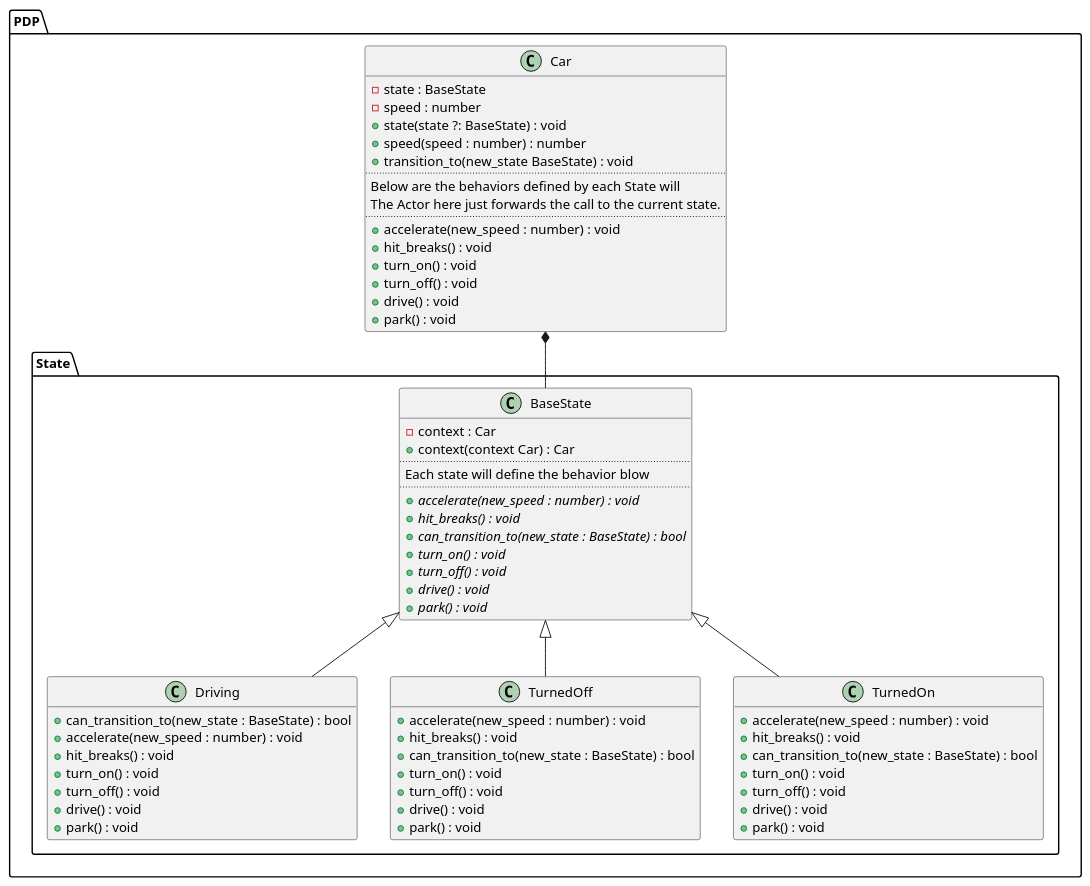
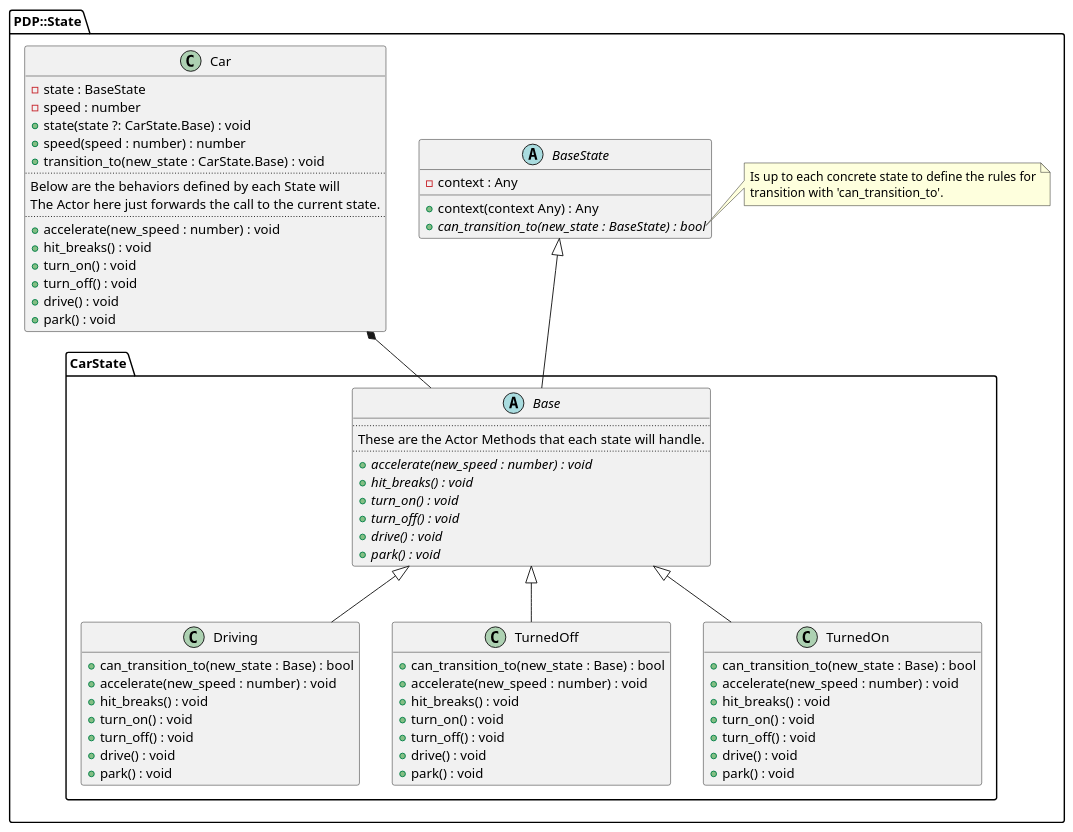
Before and after one commit to josegomezr/perl-design-patterns: the diagram in docs/state/class-diagram.plantuml, drawn with PlantUML. The commit also changed 18 other files, not shown here.

```diff
--- a/docs/state/class-diagram.plantuml
+++ b/docs/state/class-diagram.plantuml
@@ -1,76 +1,85 @@
 @startuml
 hide empty members
 
-namespace PDP {
-  Car *-- State.BaseState
+namespace PDP::State {
+  Car *-- CarState.Base
 
-  State.BaseState <|-- State.Driving
-  State.BaseState <|-- State.TurnedOff
-  State.BaseState <|-- State.TurnedOn
+  BaseState <|-- CarState.Base
+  CarState.Base <|-- CarState.Driving
+  CarState.Base <|-- CarState.TurnedOff
+  CarState.Base <|-- CarState.TurnedOn
 
   class Car {
     {field} -state : BaseState
     {field} -speed : number
-    {method} +state(state ?: BaseState) : void
+    {method} +state(state ?: CarState.Base) : void
     {method} +speed(speed : number) : number
-    {method} +transition_to(new_state BaseState) : void
+    {method} +transition_to(new_state : CarState.Base) : void
     ..
     Below are the behaviors defined by each State will
     The Actor here just forwards the call to the current state.
     ..
     {method} +accelerate(new_speed : number) : void
     {method} +hit_breaks() : void
     {method} +turn_on() : void
     {method} +turn_off() : void
     {method} +drive() : void
     {method} +park() : void
   }
 
-  namespace State {
-    class BaseState {
-      {field} -context : Car
-      {method} +context(context Car) : Car
+  abstract class BaseState {
+    {field} -context : Any
+    {method} +context(context Any) : Any
+    {abstract} {method} +can_transition_to(new_state : BaseState) : bool
+  }
+
+  note right of BaseState::can_transition_to
+    Is up to each concrete state to define the rules for
+    transition with 'can_transition_to'.
+  end note
+
+  namespace CarState {
+    abstract class Base {
       ..
-      Each state will define the behavior blow
+      These are the Actor Methods that each state will handle.
       ..
       {abstract} {method} +accelerate(new_speed : number) : void
       {abstract} {method} +hit_breaks() : void
-      {abstract} {method} +can_transition_to(new_state : BaseState) : bool
       {abstract} {method} +turn_on() : void
       {abstract} {method} +turn_off() : void
       {abstract} {method} +drive() : void
       {abstract} {method} +park() : void
     }
 
     class Driving {
-      {method} +can_transition_to(new_state : BaseState) : bool
+      {method} +can_transition_to(new_state : Base) : bool
       {method} +accelerate(new_speed : number) : void
       {method} +hit_breaks() : void
       {method} +turn_on() : void
       {method} +turn_off() : void
       {method} +drive() : void
       {method} +park() : void
     }
 
     class TurnedOff {
+      {method} +can_transition_to(new_state : Base) : bool
       {method} +accelerate(new_speed : number) : void
       {method} +hit_breaks() : void
-      {method} +can_transition_to(new_state : BaseState) : bool
       {method} +turn_on() : void
       {method} +turn_off() : void
       {method} +drive() : void
       {method} +park() : void
     }
 
     class TurnedOn {
+      {method} +can_transition_to(new_state : Base) : bool
       {method} +accelerate(new_speed : number) : void
       {method} +hit_breaks() : void
-      {method} +can_transition_to(new_state : BaseState) : bool
       {method} +turn_on() : void
       {method} +turn_off() : void
       {method} +drive() : void
       {method} +park() : void
     }
   }
 }
 @enduml
```
